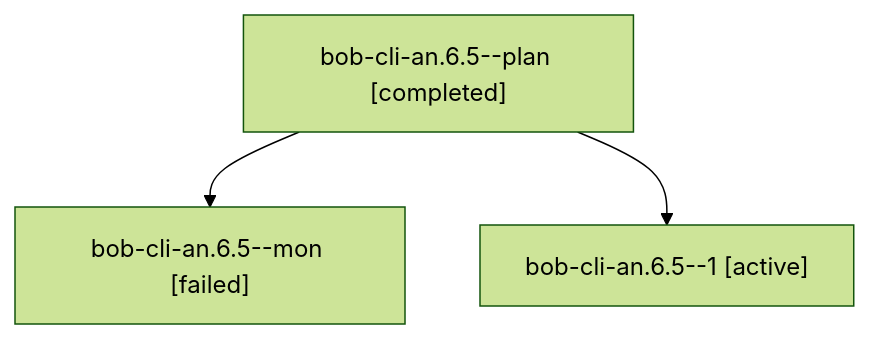
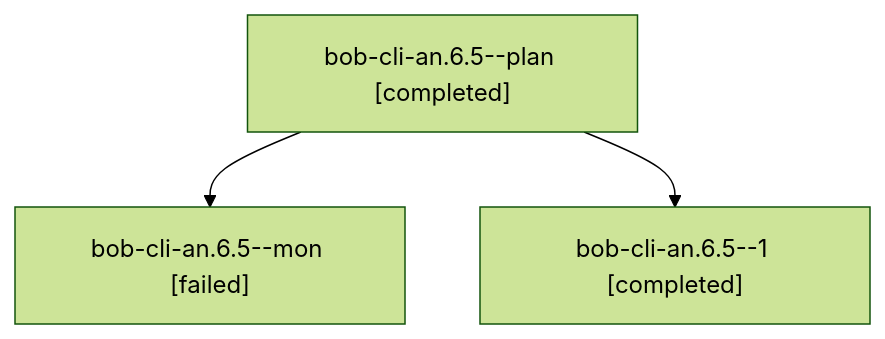
Before and after one commit to bobs-org/bob-cli--agents: the diagram in sessions/bbugyi200.athena.bob-cli-an.6.5.md, drawn with Mermaid (forest theme). The commit also changed other lines of this file and 72 other files, not shown here.

````diff
--- a/sessions/bbugyi200.athena.bob-cli-an.6.5.md
+++ b/sessions/bbugyi200.athena.bob-cli-an.6.5.md
@@ -9,8 +9,8 @@
 ```mermaid
 flowchart TD
   n0["bob-cli-an.6.5--plan [completed]"]
   n1["bob-cli-an.6.5--mon [failed]"]
   n0 --> n1
-  n2["bob-cli-an.6.5--1 [active]"]
+  n2["bob-cli-an.6.5--1 [completed]"]
   n0 --> n2
 ```
````
